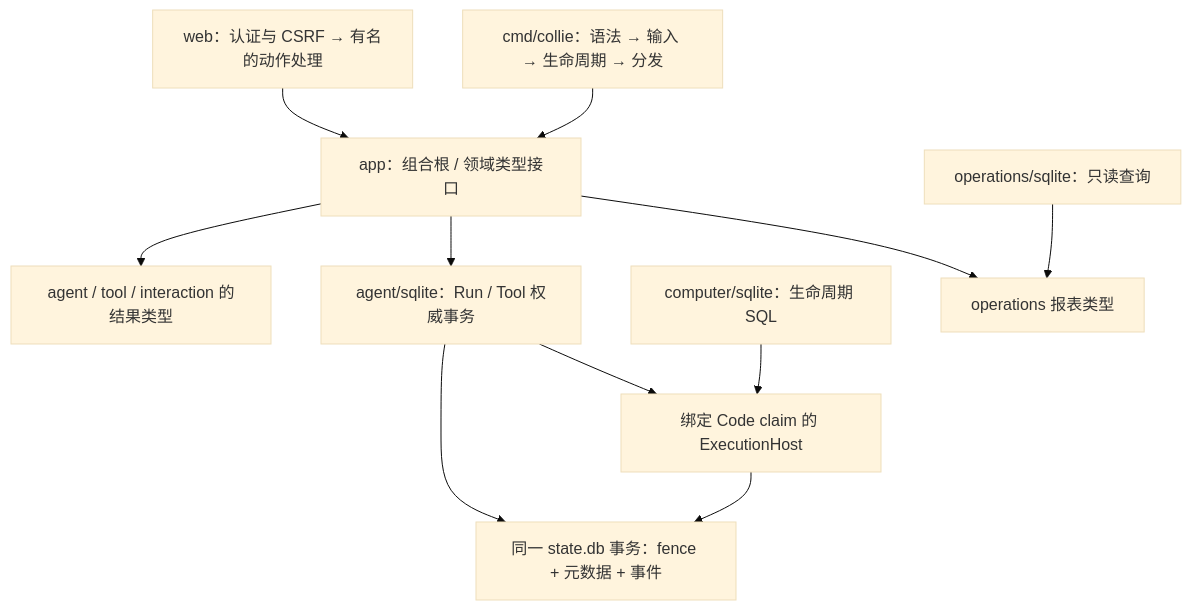
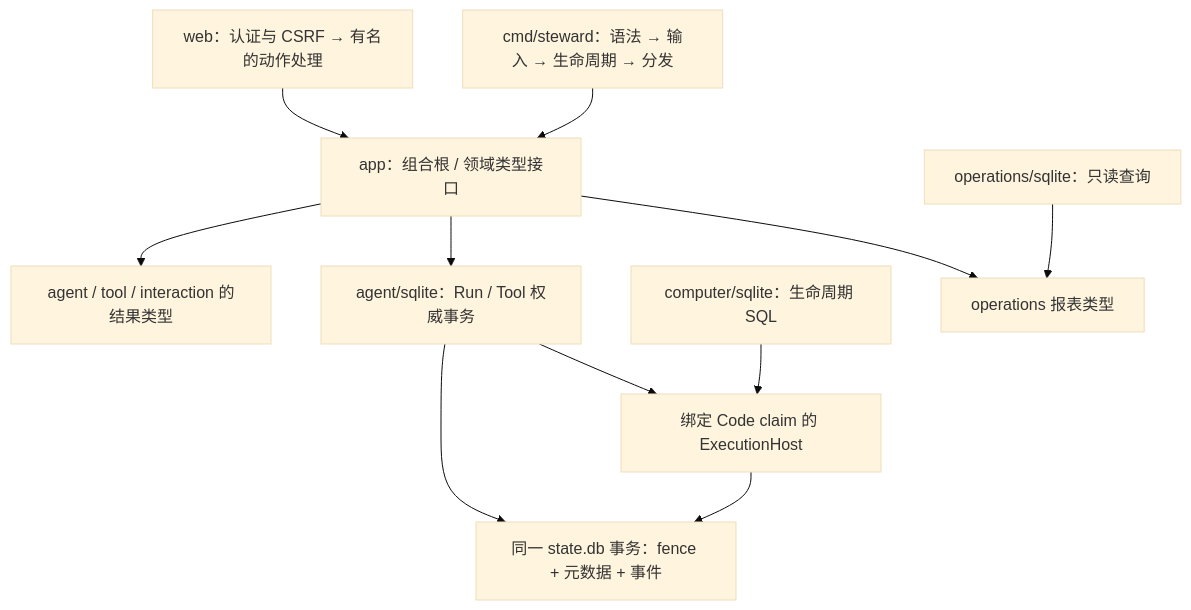
The third of 3 diagrams in docs/designs/engineering.md (z-chenhao/assistant), drawn with Mermaid (base theme) before and after one commit. The commit also changed other lines of this file and 540 other files, not shown here.

````diff
--- a/docs/designs/engineering.md
+++ b/docs/designs/engineering.md
@@ -61,13 +61,13 @@
 ```mermaid
 flowchart TD
-    CLI["cmd/collie：语法 → 输入 → 生命周期 → 分发"] --> APP["app：组合根 / 领域类型接口"]
+    CLI["cmd/steward：语法 → 输入 → 生命周期 → 分发"] --> APP["app：组合根 / 领域类型接口"]
     WEB["web：认证与 CSRF → 有名的动作处理"] --> APP
     APP --> OPS["operations 报表类型"]
     OPSQ["operations/sqlite：只读查询"] --> OPS
     APP --> RUN["agent/sqlite：Run / Tool 权威事务"]
     RUN --> HOST["绑定 Code claim 的 ExecutionHost"]
     COMP["computer/sqlite：生命周期 SQL"] --> HOST
     HOST --> TX["同一 state.db 事务：fence + 元数据 + 事件"]
     RUN --> TX
     APP --> DOMAIN["agent / tool / interaction 的结果类型"]
 ```
````
